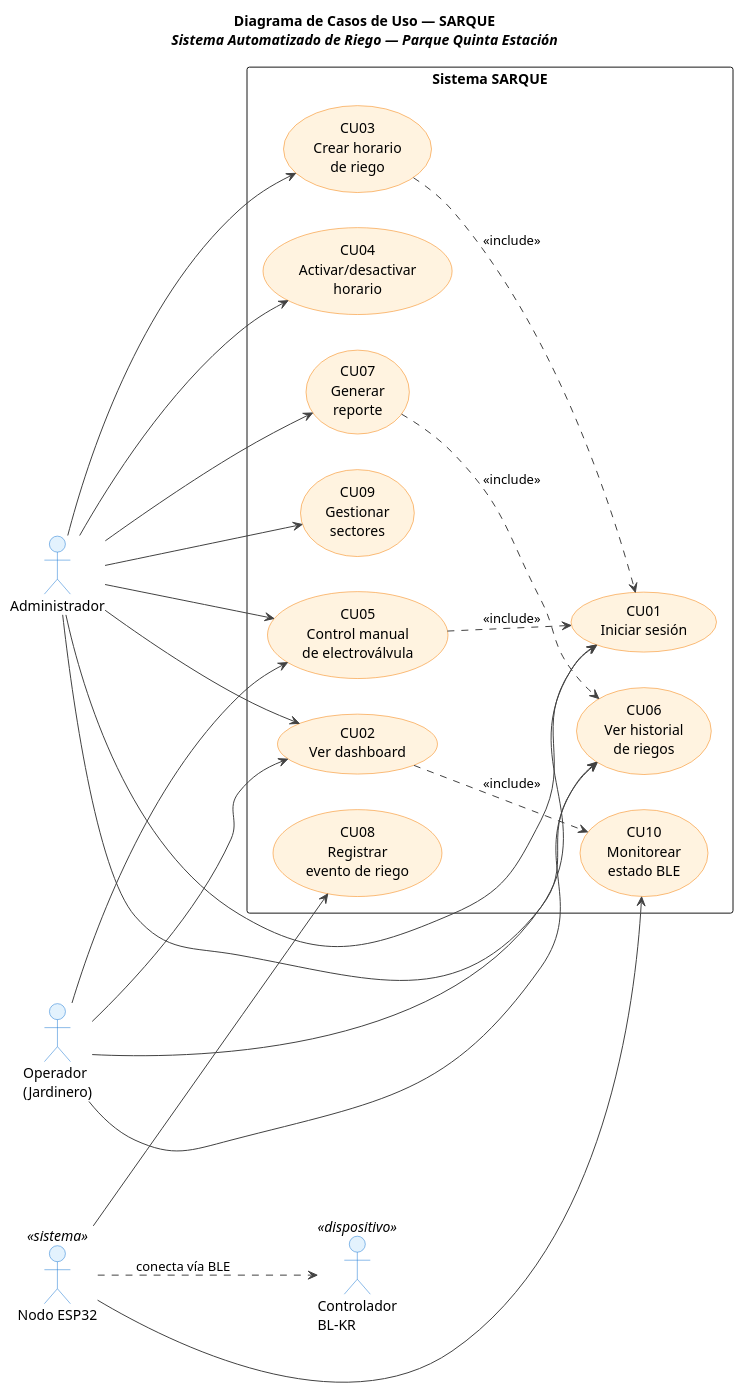
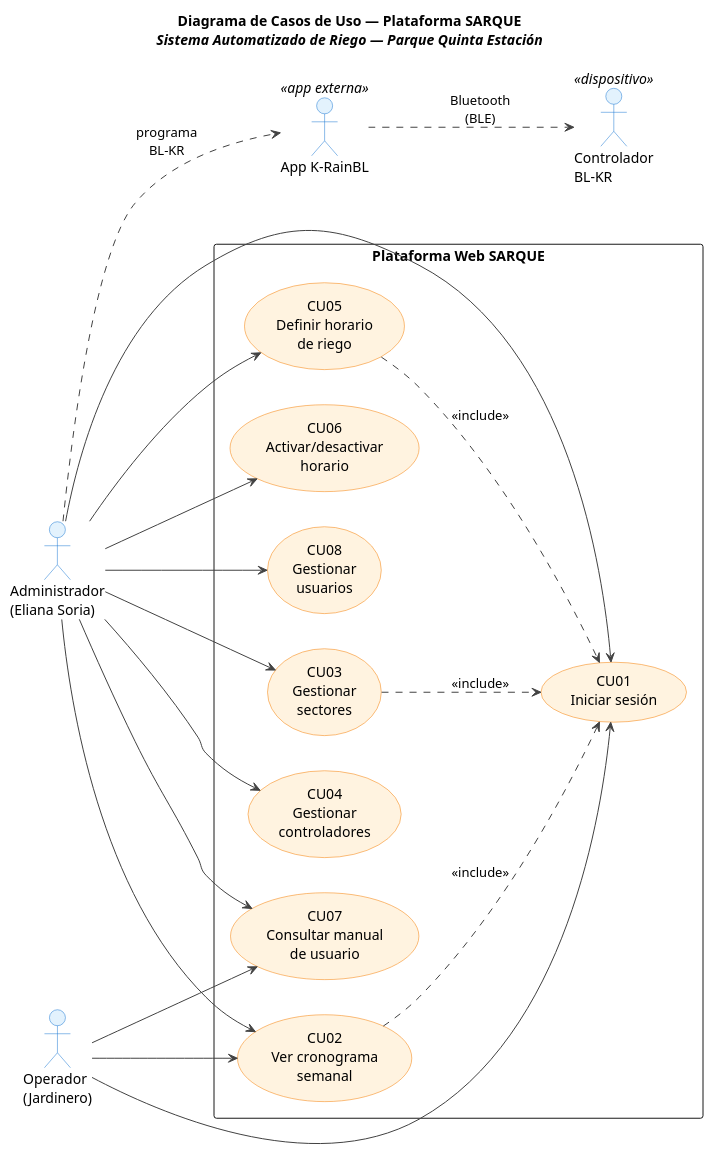
The diagram in diagramas/01_casos_de_uso.puml (Jose12300552/quinta-verde-flow), drawn with PlantUML before and after one commit. The commit also changed 21 other files, not shown here.

Commit message:
Eliminar ESP32 y reportes del proyecto, agregar Manual de Usuario SARQUE

```diff
--- a/diagramas/01_casos_de_uso.puml
+++ b/diagramas/01_casos_de_uso.puml
@@ -1,60 +1,55 @@
 @startuml CasosDeUso_SARQUE
 skinparam backgroundColor #FFFFFF
 skinparam actor {
   BackgroundColor #E3F2FD
   BorderColor #1976D2
 }
 skinparam usecase {
   BackgroundColor #FFF3E0
   BorderColor #F57C00
   ArrowColor #424242
 }
 skinparam packageStyle rectangle
 skinparam shadowing false
 
-title <b>Diagrama de Casos de Uso — SARQUE</b>\n<i>Sistema Automatizado de Riego — Parque Quinta Estación</i>
+title <b>Diagrama de Casos de Uso — Plataforma SARQUE</b>\n<i>Sistema Automatizado de Riego — Parque Quinta Estación</i>
 
 left to right direction
 
-actor "Administrador" as Admin
+actor "Administrador\n(Eliana Soria)" as Admin
 actor "Operador\n(Jardinero)" as Op
-actor "Nodo ESP32" as ESP <<sistema>>
+actor "App K-RainBL" as KApp <<app externa>>
 actor "Controlador\nBL-KR" as BLKR <<dispositivo>>
 
-rectangle "Sistema SARQUE" {
+rectangle "Plataforma Web SARQUE" {
   usecase "CU01\nIniciar sesión" as CU01
-  usecase "CU02\nVer dashboard" as CU02
-  usecase "CU03\nCrear horario\nde riego" as CU03
-  usecase "CU04\nActivar/desactivar\nhorario" as CU04
-  usecase "CU05\nControl manual\nde electroválvula" as CU05
-  usecase "CU06\nVer historial\nde riegos" as CU06
-  usecase "CU07\nGenerar\nreporte" as CU07
-  usecase "CU08\nRegistrar\nevento de riego" as CU08
-  usecase "CU09\nGestionar\nsectores" as CU09
-  usecase "CU10\nMonitorear\nestado BLE" as CU10
+  usecase "CU02\nVer cronograma\nsemanal" as CU02
+  usecase "CU03\nGestionar\nsectores" as CU03
+  usecase "CU04\nGestionar\ncontroladores" as CU04
+  usecase "CU05\nDefinir horario\nde riego" as CU05
+  usecase "CU06\nActivar/desactivar\nhorario" as CU06
+  usecase "CU07\nConsultar manual\nde usuario" as CU07
+  usecase "CU08\nGestionar\nusuarios" as CU08
 }
 
 Admin --> CU01
 Admin --> CU02
 Admin --> CU03
 Admin --> CU04
 Admin --> CU05
 Admin --> CU06
 Admin --> CU07
-Admin --> CU09
+Admin --> CU08
 
 Op --> CU01
 Op --> CU02
-Op --> CU05
-Op --> CU06
+Op --> CU07
 
-ESP --> CU08
-ESP --> CU10
-ESP ..> BLKR : conecta vía BLE
+CU02 ..> CU01 : <<include>>
+CU03 ..> CU01 : <<include>>
+CU05 ..> CU01 : <<include>>
 
-CU02 ..> CU10 : <<include>>
-CU07 ..> CU06 : <<include>>
-CU05 ..> CU01 : <<include>>
-CU03 ..> CU01 : <<include>>
+Admin ..> KApp : programa\nBL-KR
+KApp ..> BLKR : Bluetooth\n(BLE)
 
 @enduml
```
